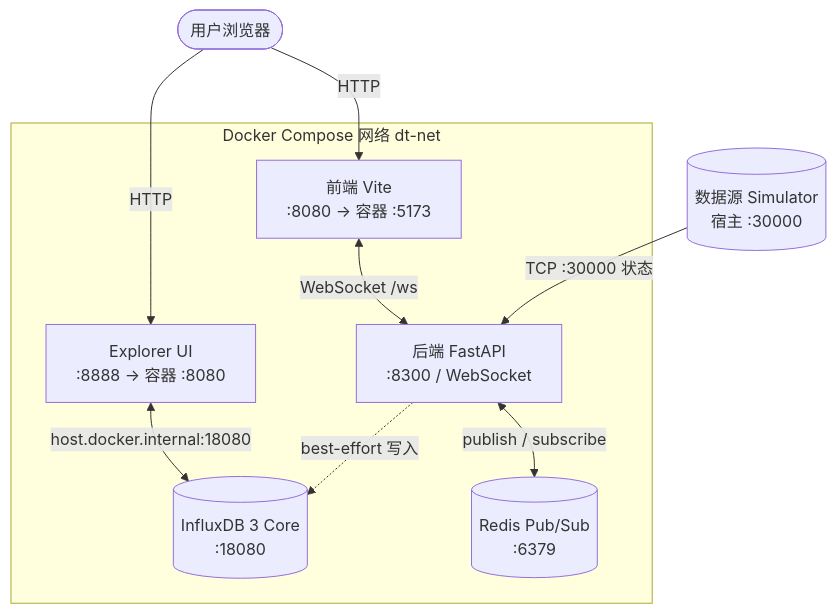
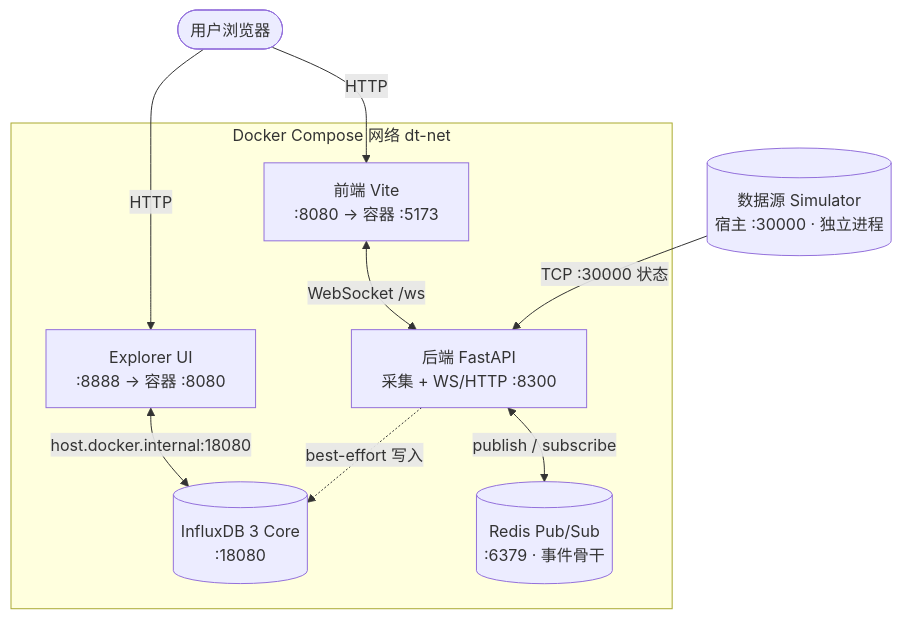
Before and after one commit to yjd0625/digital-twin-project: the diagram in README.md, drawn with Mermaid. The commit also changed other lines of this file and 1 other file, not shown here.

Commit message:
docs: streamline README and document microservices architecture

````diff
--- a/README.md
+++ b/README.md
@@ -52,22 +24,22 @@
 ```mermaid
 flowchart TB
     User([用户浏览器])
 
     subgraph Docker[Docker Compose 网络 dt-net]
         FE[前端 Vite<br/>:8080 → 容器 :5173]
-        BE[后端 FastAPI<br/>:8300 / WebSocket]
-        RD[(Redis Pub/Sub<br/>:6379)]
+        BE[后端 FastAPI<br/>采集 + WS/HTTP :8300]
+        RD[(Redis Pub/Sub<br/>:6379 · 事件骨干)]
         IDB[(InfluxDB 3 Core<br/>:18080)]
         EXP[Explorer UI<br/>:8888 → 容器 :8080]
     end
 
-    SRC[(数据源 Simulator<br/>宿主 :30000)]
+    SRC[(数据源 Simulator<br/>宿主 :30000 · 独立进程)]
 
     User -->|HTTP| FE
     User -->|HTTP| EXP
     FE <-->|WebSocket /ws| BE
+    SRC -->|TCP :30000 状态| BE
     BE <-->|publish / subscribe| RD
-    SRC -->|TCP :30000 状态| BE
     BE -.->|best-effort 写入| IDB
     EXP <-->|host.docker.internal:18080| IDB
 ```
````
